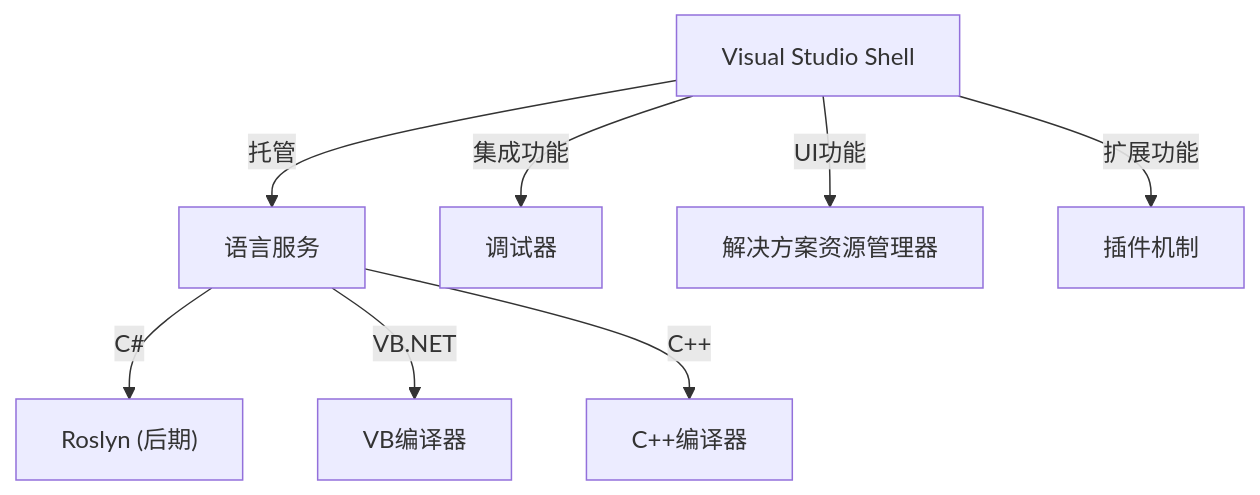
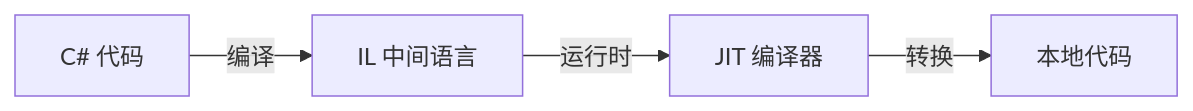
The second of 2 diagrams in content/post/history-of-visual-studio/index.zh-cn.md (kenjinote/blog), drawn with Mermaid before and after one commit. The commit also changed other lines of this file and 129 other files, not shown here.

````diff
--- a/content/post/history-of-visual-studio/index.zh-cn.md
+++ b/content/post/history-of-visual-studio/index.zh-cn.md
@@ -85,11 +51,6 @@
 ```mermaid
-graph TD
-    A["Visual Studio Shell"] -- "托管" --> B["语言服务"]
-    B -- "C#" --> C["Roslyn (后期)"]
-    B -- "VB.NET" --> D["VB编译器"]
-    B -- "C++" --> E["C++编译器"]
-    
-    A -- "集成功能" --> F["调试器"]
-    A -- "UI功能" --> G["解决方案资源管理器"]
-    A -- "扩展功能" --> H["插件机制"]
+graph LR
+    A["C# 代码"] -- "编译" --> B["IL 中间语言"]
+    B -- "运行时" --> C["JIT 编译器"]
+    C -- "转换" --> D["本地代码"]
 ```
````
